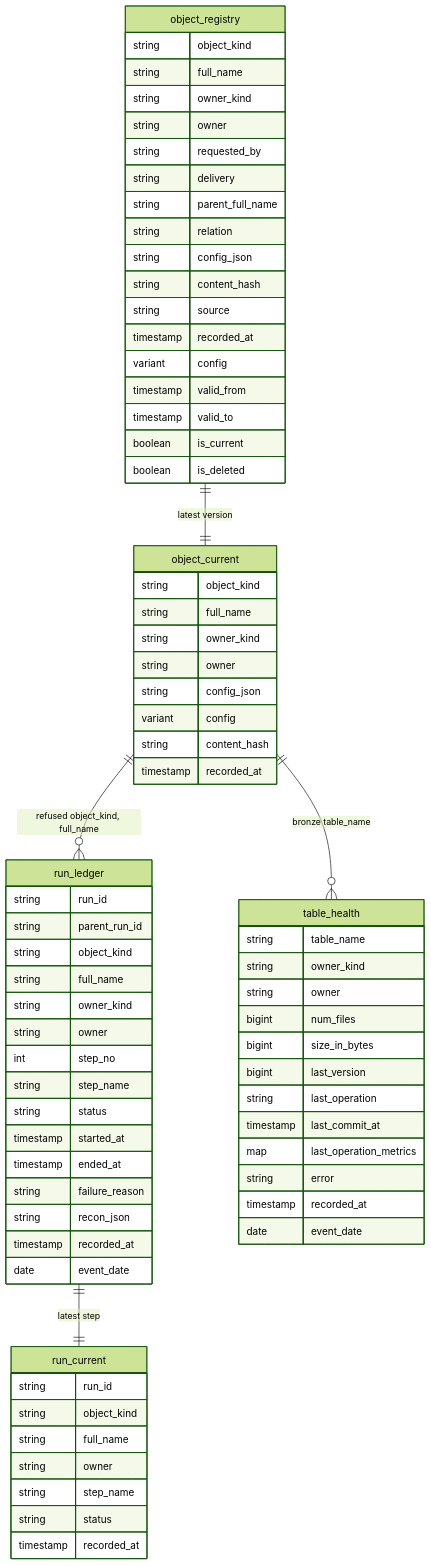
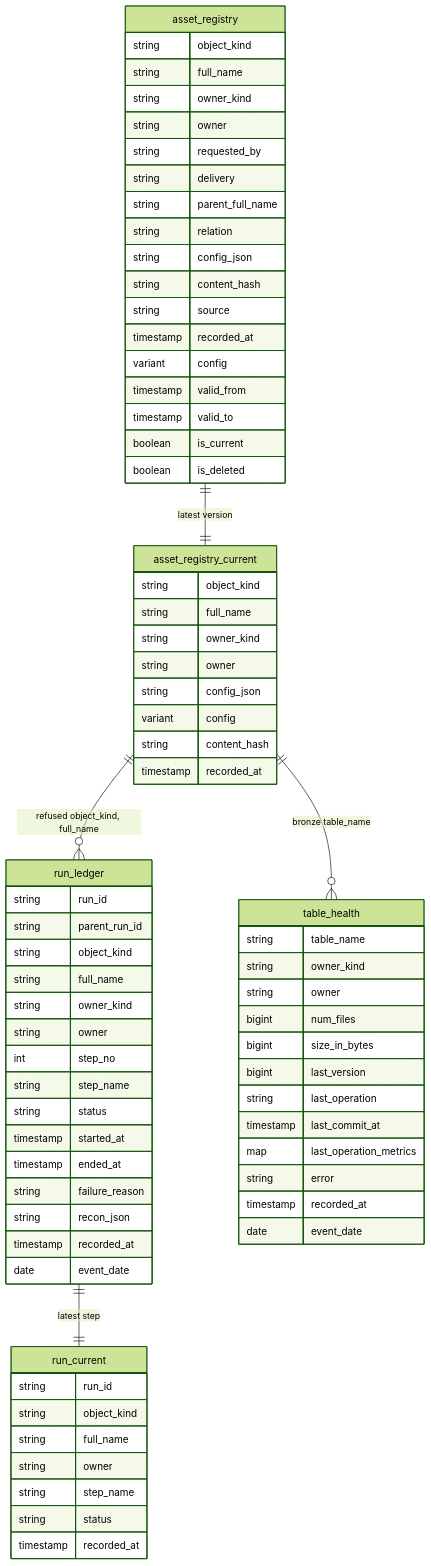
Before and after one commit to NitinKeshavB/framework: the fifth of 9 diagrams in framework_docs/ARCHITECTURE.md, drawn with Mermaid (forest theme). The commit also changed other lines of this file and 19 other files, not shown here.

````diff
--- a/framework_docs/ARCHITECTURE.md
+++ b/framework_docs/ARCHITECTURE.md
@@ -158,76 +156,76 @@
 ```mermaid
 erDiagram
-  object_registry ||--|| object_current : "latest version"
+  asset_registry ||--|| asset_registry_current : "latest version"
   run_ledger ||--|| run_current : "latest step"
-  object_current ||--o{ run_ledger : "refused object_kind, full_name"
-  object_current ||--o{ table_health : "bronze table_name"
-  object_registry {
+  asset_registry_current ||--o{ run_ledger : "refused object_kind, full_name"
+  asset_registry_current ||--o{ table_health : "bronze table_name"
+  asset_registry {
     string object_kind
     string full_name
     string owner_kind
     string owner
     string requested_by
     string delivery
     string parent_full_name
     string relation
     string config_json
     string content_hash
     string source
     timestamp recorded_at
     variant config
     timestamp valid_from
     timestamp valid_to
     boolean is_current
     boolean is_deleted
   }
-  object_current {
+  asset_registry_current {
     string object_kind
     string full_name
     string owner_kind
     string owner
     string config_json
     variant config
     string content_hash
     timestamp recorded_at
   }
   run_ledger {
     string run_id
     string parent_run_id
     string object_kind
     string full_name
     string owner_kind
     string owner
     int step_no
     string step_name
     string status
     timestamp started_at
     timestamp ended_at
     string failure_reason
     string recon_json
     timestamp recorded_at
     date event_date
   }
   run_current {
     string run_id
     string object_kind
     string full_name
     string owner
     string step_name
     string status
     timestamp recorded_at
   }
   table_health {
     string table_name
     string owner_kind
     string owner
     bigint num_files
     bigint size_in_bytes
     bigint last_version
     string last_operation
     timestamp last_commit_at
     map last_operation_metrics
     string error
     timestamp recorded_at
     date event_date
   }
 ```
````
